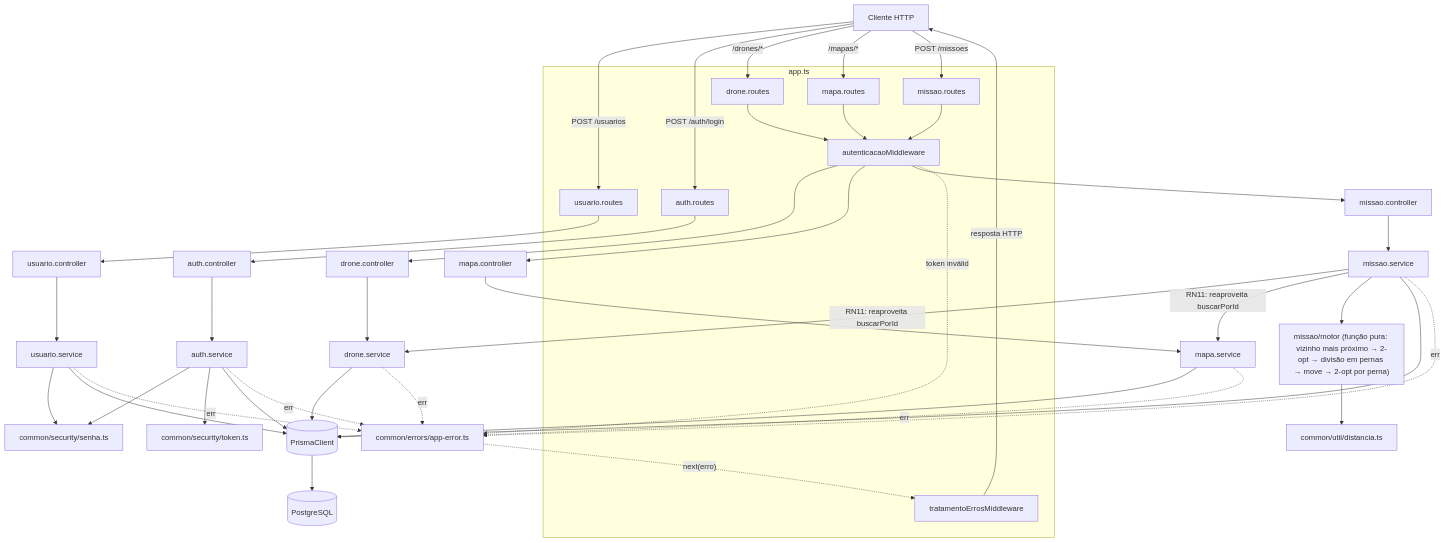
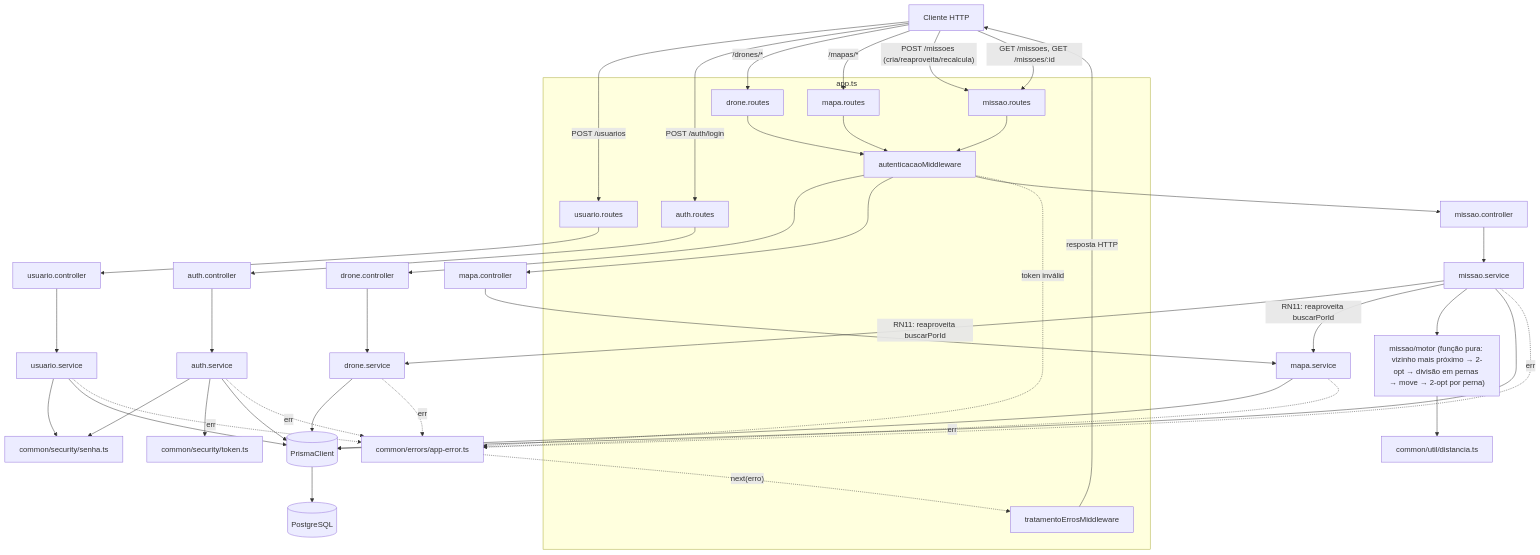
One commit to hugodanielkj/drone-route-optimization-backend changed the diagram in docs/architecture/visao-geral.md. Above: the diagram before and after it, drawn with Mermaid. The commit also changed other lines of this file and 13 other files, not shown here.

````diff
--- a/docs/architecture/visao-geral.md
+++ b/docs/architecture/visao-geral.md
@@ -38,64 +34,65 @@
 ```mermaid
 graph TD
     Client[Cliente HTTP]
 
     subgraph app.ts
         UsuarioRoutes[usuario.routes]
         AuthRoutes[auth.routes]
         DroneRoutes[drone.routes]
         MapaRoutes[mapa.routes]
         MissaoRoutes[missao.routes]
         AuthMW[autenticacaoMiddleware]
         ErroMW[tratamentoErrosMiddleware]
     end
 
     UsuarioController[usuario.controller]
     UsuarioService[usuario.service]
     AuthController[auth.controller]
     AuthService[auth.service]
     DroneController[drone.controller]
     DroneService[drone.service]
     MapaController[mapa.controller]
     MapaService[mapa.service]
     MissaoController[missao.controller]
     MissaoService[missao.service]
     Motor["missao/motor (função pura: vizinho mais próximo → 2-opt → divisão em pernas → move → 2-opt por perna)"]
 
     Senha[common/security/senha.ts]
     Token[common/security/token.ts]
     Errors[common/errors/app-error.ts]
     Distancia[common/util/distancia.ts]
 
     Prisma[(PrismaClient)]
     DB[(PostgreSQL)]
 
     Client -->|POST /usuarios| UsuarioRoutes --> UsuarioController --> UsuarioService
     Client -->|POST /auth/login| AuthRoutes --> AuthController --> AuthService
     Client -->|"/drones/*"| DroneRoutes --> AuthMW --> DroneController --> DroneService
     Client -->|"/mapas/*"| MapaRoutes --> AuthMW --> MapaController --> MapaService
-    Client -->|POST /missoes| MissaoRoutes --> AuthMW --> MissaoController --> MissaoService
+    Client -->|"POST /missoes (cria/reaproveita/recalcula)"| MissaoRoutes --> AuthMW --> MissaoController --> MissaoService
+    Client -->|"GET /missoes, GET /missoes/:id"| MissaoRoutes
 
     UsuarioService --> Senha
     UsuarioService --> Prisma
     AuthService --> Senha
     AuthService --> Token
     AuthService --> Prisma
     DroneService --> Prisma
     MapaService --> Prisma
     MissaoService -->|"RN11: reaproveita buscarPorId"| DroneService
     MissaoService -->|"RN11: reaproveita buscarPorId"| MapaService
     MissaoService --> Motor
     MissaoService --> Prisma
     Motor --> Distancia
 
     UsuarioService -.erro.-> Errors
     AuthService -.erro.-> Errors
     DroneService -.erro.-> Errors
     MapaService -.erro.-> Errors
     MissaoService -.erro.-> Errors
     AuthMW -.token inválido.-> Errors
     Errors -.next(erro).-> ErroMW
     ErroMW -->|resposta HTTP| Client
 
     Prisma --> DB
 ```
````
